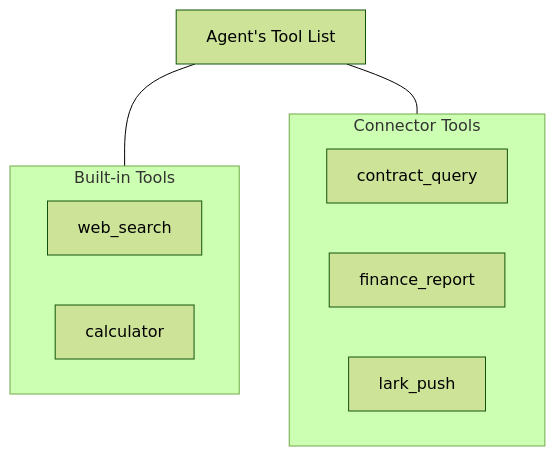
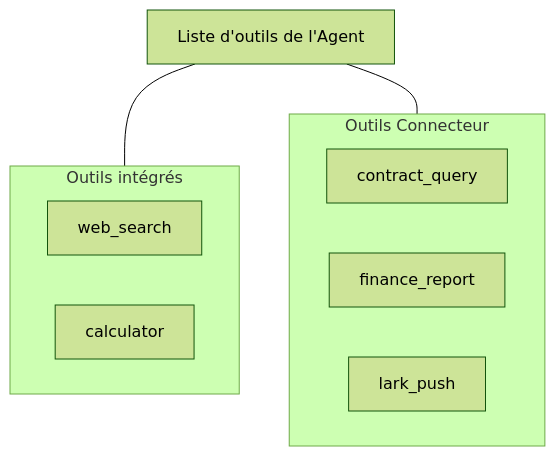
The fourth of 5 diagrams in docs/fr/architecture/connector-architecture.mdx (lucky20160622/fim-one), drawn with Mermaid (forest theme) before and after one commit. The commit also changed other lines of this file and 141 other files, not shown here.

````diff
--- a/docs/fr/architecture/connector-architecture.mdx
+++ b/docs/fr/architecture/connector-architecture.mdx
@@ -128,18 +144,18 @@
 ```mermaid
 flowchart TB
-    Agent["Agent's Tool List"]
+    Agent["Liste d'outils de l'Agent"]
 
-    subgraph BuiltIn["Built-in Tools"]
+    subgraph BuiltIn["Outils intégrés"]
         T1["web_search"]
         T2["calculator"]
     end
 
-    subgraph Connector["Connector Tools"]
+    subgraph Connector["Outils Connecteur"]
         T3["contract_query"]
         T4["finance_report"]
         T5["lark_push"]
     end
 
     Agent --- BuiltIn
     Agent --- Connector
 ```
````
